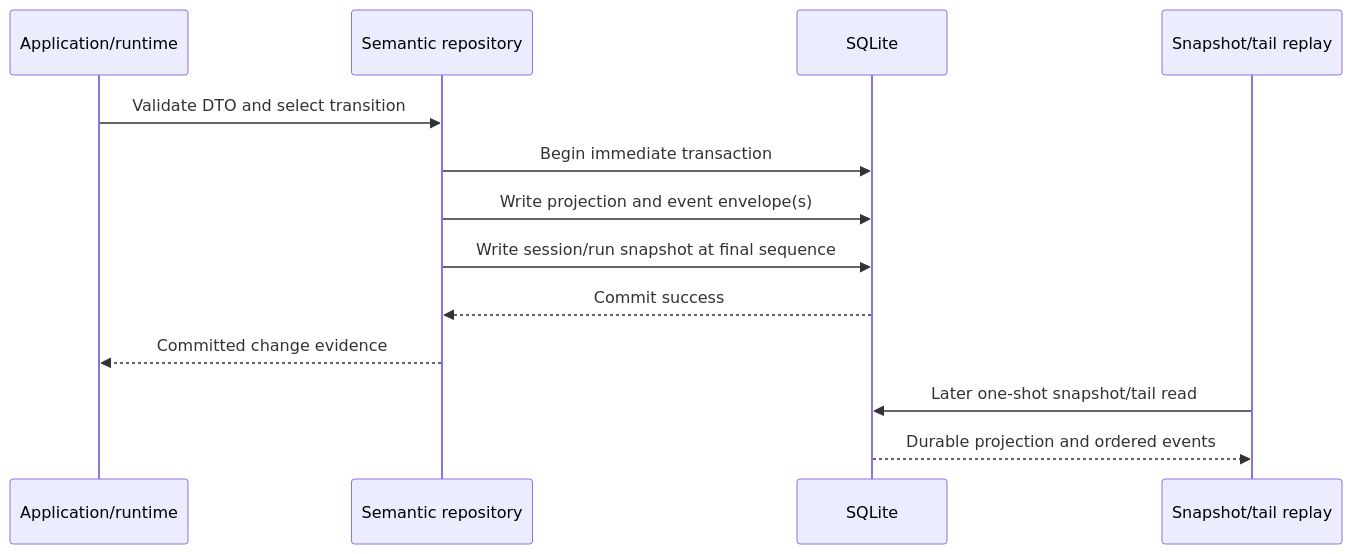
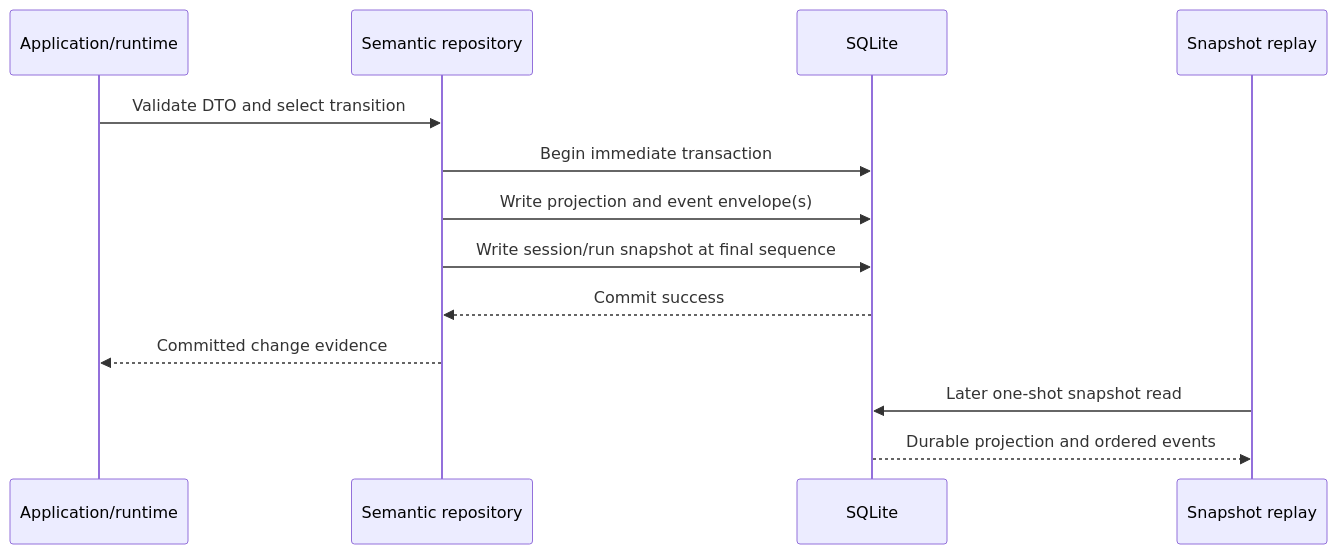
One commit to y0tsy/intention-relay changed the third of 3 diagrams in docs/intention-relay/architecture/04-sessions-runs-events-and-storage.md. Above: the diagram before and after it, drawn with Mermaid. The commit also changed other lines of this file and 54 other files, not shown here.

````diff
--- a/docs/intention-relay/architecture/04-sessions-runs-events-and-storage.md
+++ b/docs/intention-relay/architecture/04-sessions-runs-events-and-storage.md
@@ -125,16 +127,16 @@
 ```mermaid
 sequenceDiagram
   participant A as Application/runtime
   participant R as Semantic repository
   participant S as SQLite
-  participant P as Snapshot/tail replay
+  participant P as Snapshot replay
 
   A->>R: Validate DTO and select transition
   R->>S: Begin immediate transaction
   R->>S: Write projection and event envelope(s)
   R->>S: Write session/run snapshot at final sequence
   S-->>R: Commit success
   R-->>A: Committed change evidence
-  P->>S: Later one-shot snapshot/tail read
+  P->>S: Later one-shot snapshot read
   S-->>P: Durable projection and ordered events
 ```
````
